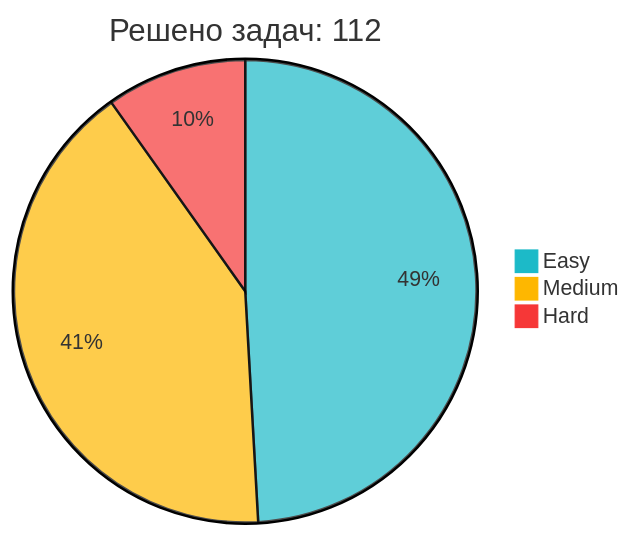
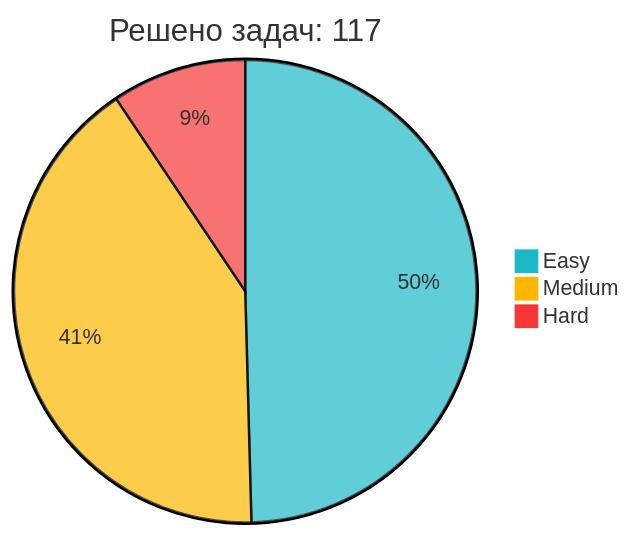
Before and after one commit to IliaKurdukov/IliaKurdukov: the diagram in README.md, drawn with Mermaid. The commit also changed other lines of this file, not shown here.

Commit message:
📈 Обновление статистики LeetCode

````diff
--- a/README.md
+++ b/README.md
@@ -51,7 +51,7 @@
 ```mermaid
 %%{init: {'theme': 'base', 'themeVariables': { 'pie1': '#1CBAC8', 'pie2': '#FEB700', 'pie3': '#F63737' }, 'config': {'width': 300, 'height': 200}}}%%
-pie title Решено задач: 112
-   "Easy" : 55
-   "Medium" : 46
+pie title Решено задач: 117
+   "Easy" : 58
+   "Medium" : 48
    "Hard" : 11
 ```
````
